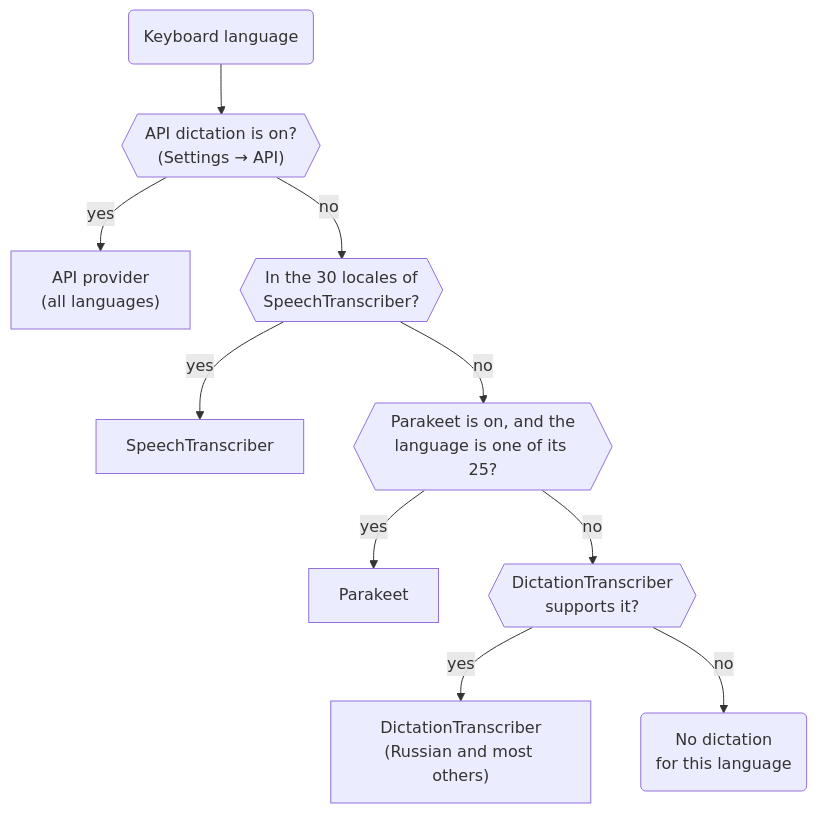
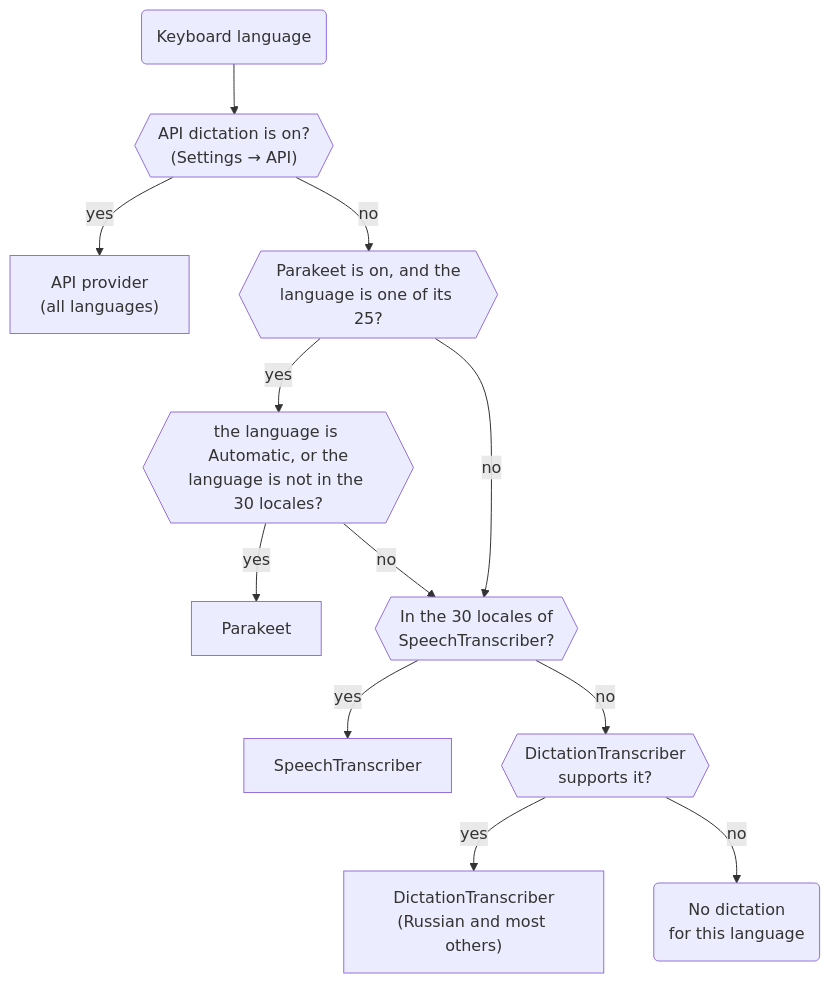
One commit to nikiomori/Pretype changed the diagram in docs/diagrams/arch-speech-model.mmd. Above: the diagram before and after it, drawn with Mermaid. The commit also changed 8 other files, not shown here.

```diff
--- a/docs/diagrams/arch-speech-model.mmd
+++ b/docs/diagrams/arch-speech-model.mmd
@@ -1,11 +1,13 @@
 %% Transcription.start: which speech model serves the dictation language.
 flowchart TB
   lang("Keyboard language") --> api{{"API dictation is on?<br/>(Settings → API)"}}
   api -- yes --> cloud["API provider<br/>(all languages)"]
-  api -- no --> a{{"In the 30 locales of<br/>SpeechTranscriber?"}}
+  api -- no --> p{{"Parakeet is on, and the<br/>language is one of its 25?"}}
+  p -- yes --> f{{"the language is Automatic, or the<br/>language is not in the 30 locales?"}}
+  f -- yes --> pk["Parakeet"]
+  f -- no --> a
+  p -- no --> a{{"In the 30 locales of<br/>SpeechTranscriber?"}}
   a -- yes --> st["SpeechTranscriber"]
-  a -- no --> p{{"Parakeet is on, and the<br/>language is one of its 25?"}}
-  p -- yes --> pk["Parakeet"]
-  p -- no --> d{{"DictationTranscriber<br/>supports it?"}}
+  a -- no --> d{{"DictationTranscriber<br/>supports it?"}}
   d -- yes --> dt["DictationTranscriber<br/>(Russian and most others)"]
   d -- no --> none("No dictation<br/>for this language")
```
